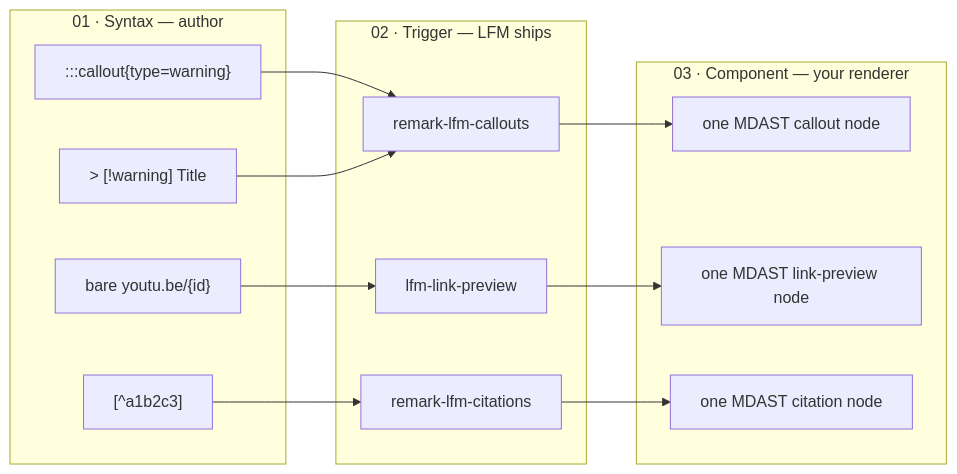
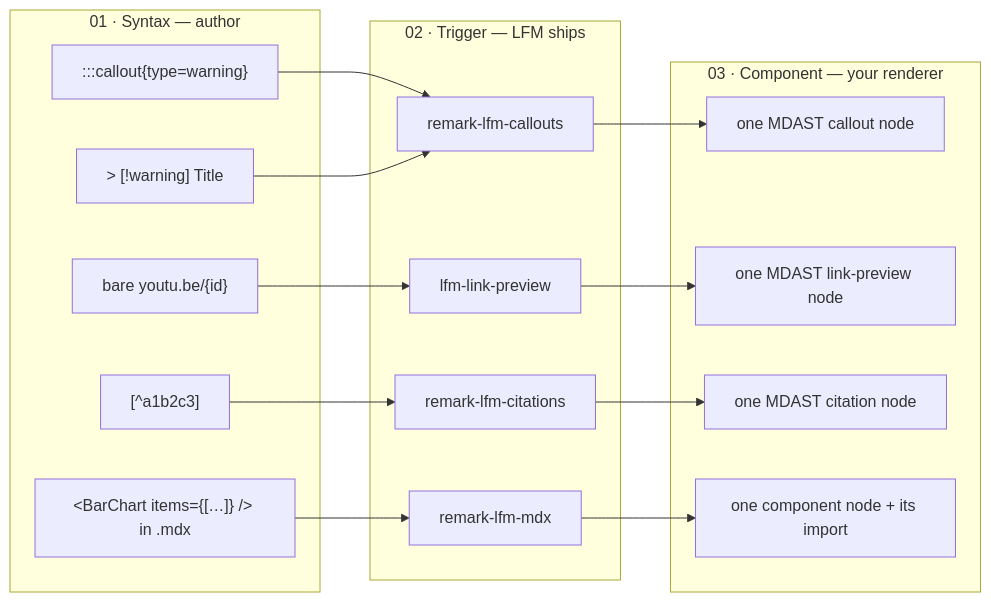
One commit to lossless-group/lossless-flavored-markdown-package changed the diagram in README.md. Above: the diagram before and after it, drawn with Mermaid. The commit also changed other lines of this file, not shown here.

First line of the commit message:
doc(README): Show MDX components as LFM's equivalent of directives

````diff
--- a/README.md
+++ b/README.md
@@ -75,29 +75,34 @@
 ```mermaid
 flowchart LR
     subgraph SYN["01 · Syntax — author"]
         S1[":::callout{type=warning}"]
         S2["&gt; [!warning] Title"]
         S3["bare youtu.be/{id}"]
         S4["[^a1b2c3]"]
+        S5["&lt;BarChart items={[…]} /&gt; in .mdx"]
     end
 
     subgraph TRG["02 · Trigger — LFM ships"]
         T1["remark-lfm-callouts"]
         T2["lfm-link-preview"]
         T3["remark-lfm-citations"]
+        T4["remark-lfm-mdx"]
     end
 
     subgraph CMP["03 · Component — your renderer"]
         C1["one MDAST callout node"]
         C2["one MDAST link-preview node"]
         C3["one MDAST citation node"]
+        C4["one component node + its import"]
     end
 
     S1 --> T1
     S2 --> T1
     S3 --> T2
     S4 --> T3
+    S5 --> T4
     T1 --> C1
     T2 --> C2
     T3 --> C3
+    T4 --> C4
 ```
````
